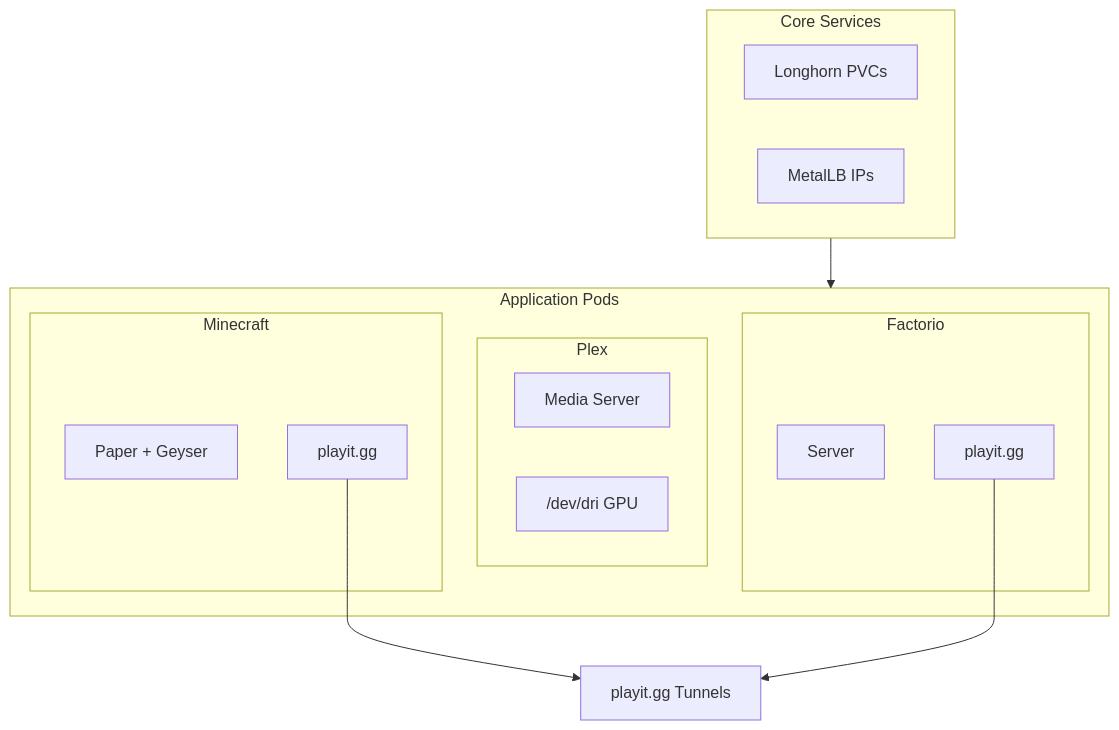
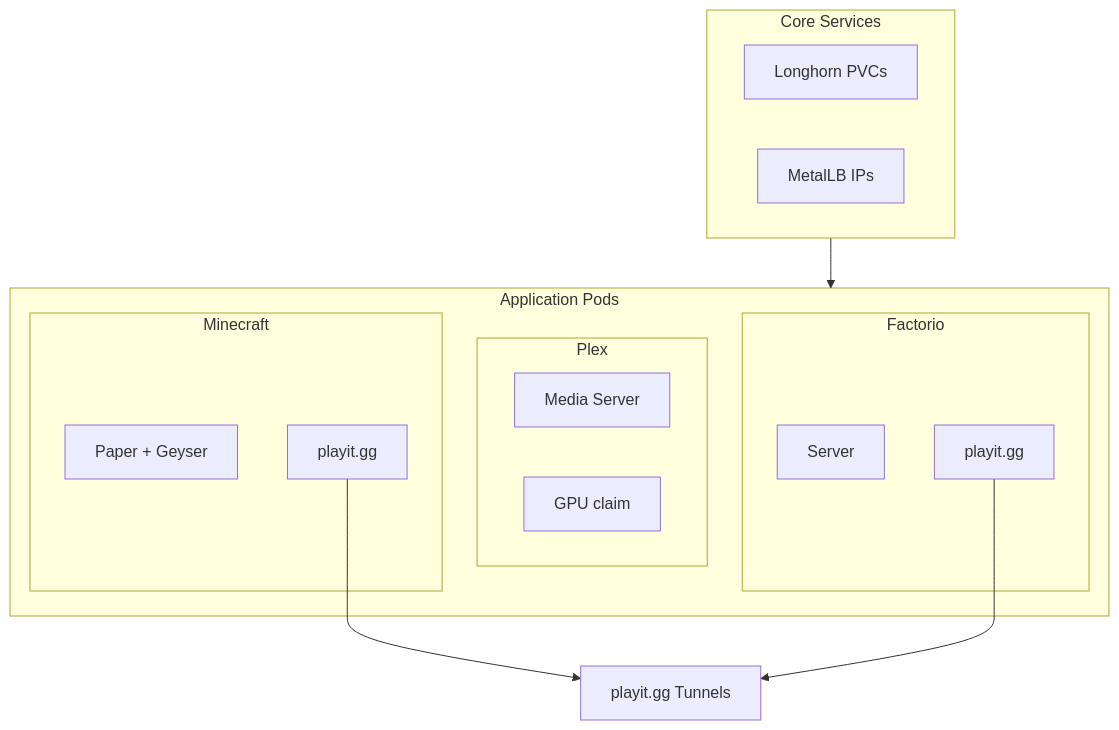
Before and after one commit to lelopez-io/homelab: the fourth of 4 diagrams in README.md, drawn with Mermaid. The commit also changed 4 other files, not shown here.

First line of the commit message:
feat(plex): claim the GPU from the driver

````diff
--- a/README.md
+++ b/README.md
@@ -185,27 +185,27 @@
 ```mermaid
 flowchart TB
     subgraph core["Core Services"]
         longhorn["Longhorn PVCs"]
         metallb["MetalLB IPs"]
     end
 
     subgraph apps["Application Pods"]
         subgraph plex_pod["Plex"]
             plex["Media Server"]
-            plex_gpu["/dev/dri GPU"]
+            plex_gpu["GPU claim"]
         end
 
         subgraph minecraft_pod["Minecraft"]
             minecraft["Paper + Geyser"]
             mc_sidecar["playit.gg"]
         end
 
         subgraph factorio_pod["Factorio"]
             factorio["Server"]
             fact_sidecar["playit.gg"]
         end
     end
 
     core --> apps
     mc_sidecar & fact_sidecar --> playit["playit.gg Tunnels"]
 ```
````
